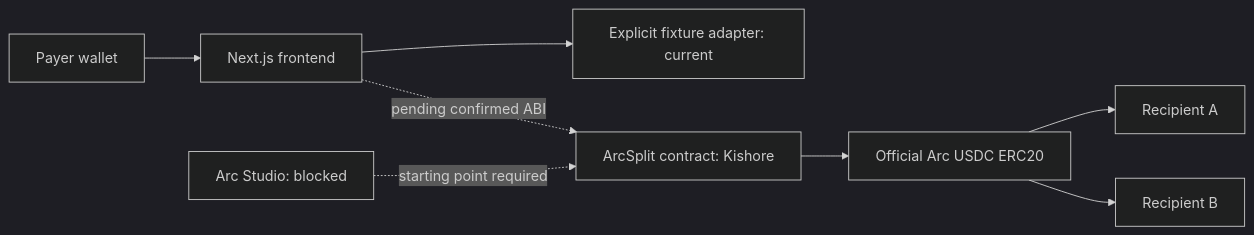
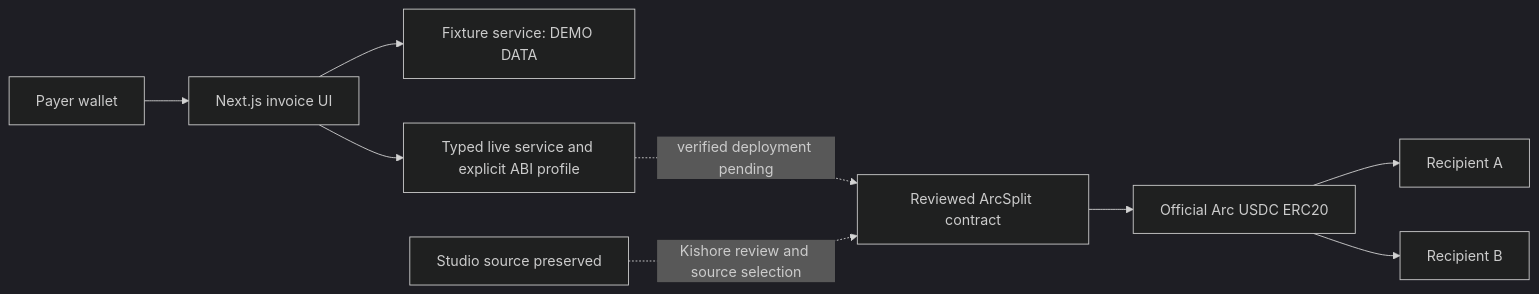
Before and after one commit to surajgojanur/arc-splitpay-mumbai-2026: the diagram in docs/architecture.md, drawn with Mermaid (dark theme). The commit also changed other lines of this file and 1 other file, not shown here.

Commit message:
docs: align architecture diagram and checklist with integration state

````diff
--- a/docs/architecture.md
+++ b/docs/architecture.md
@@ -3,10 +3,11 @@
 ```mermaid
 flowchart LR
-  P[Payer wallet] --> W[Next.js frontend]
-  W --> F[Explicit fixture adapter: current]
-  W -. pending confirmed ABI .-> C[ArcSplit contract: Kishore]
+  P[Payer wallet] --> W[Next.js invoice UI]
+  W --> F[Fixture service: DEMO DATA]
+  W --> L[Typed live service and explicit ABI profile]
+  L -. verified deployment pending .-> C[Reviewed ArcSplit contract]
   C --> U[Official Arc USDC ERC20]
   U --> A[Recipient A]
   U --> B[Recipient B]
-  S[Arc Studio: blocked] -. starting point required .-> C
+  S[Studio source preserved] -. Kishore review and source selection .-> C
 ```
````
